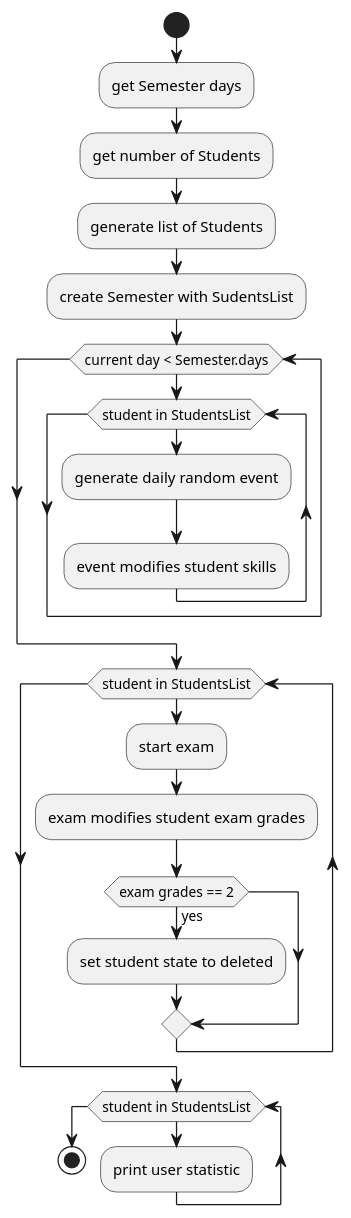
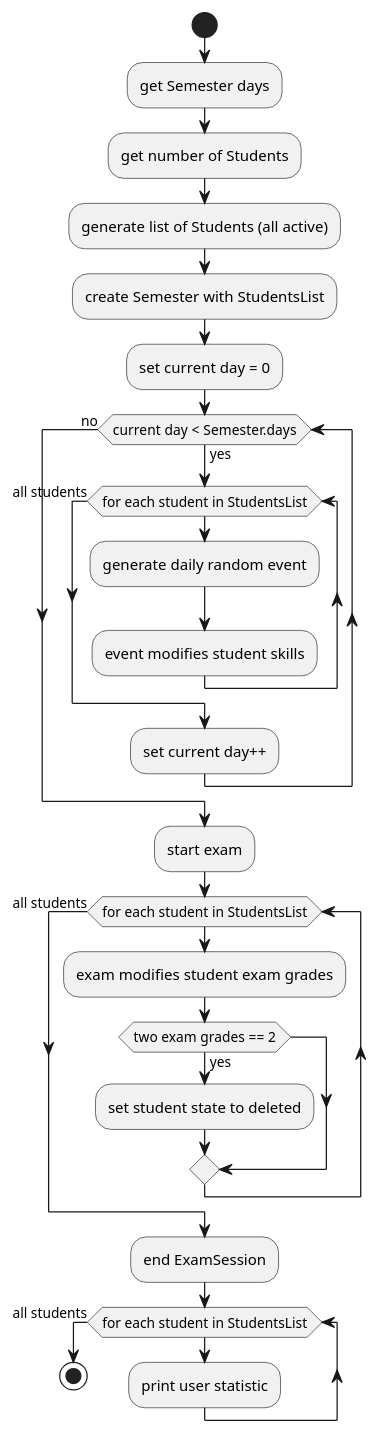
The diagram in diagrams/activity.diagram.puml (Mik33221/StudentSimulation), drawn with PlantUML before and after one commit. The commit also changed 1 other file, not shown here.

Commit message:
new state diagram and fixes on activity

```diff
--- a/diagrams/activity.diagram.puml
+++ b/diagrams/activity.diagram.puml
@@ -1,28 +1,30 @@
 @startuml
 'https://plantuml.com/activity-diagram-beta
 
 start
 :get Semester days;
 :get number of Students;
-:generate list of Students;
-:create Semester with SudentsList;
-while (current day < Semester.days)
-    while (student in StudentsList)
+:generate list of Students (all active);
+:create Semester with StudentsList;
+:set current day = 0;
+while (current day < Semester.days) is (yes)
+    while (for each student in StudentsList)
         :generate daily random event;
         :event modifies student skills;
-    endwhile
-endwhile
-while (student in StudentsList)
-    :start exam;
+    endwhile (all students)
+    :set current day++;
+endwhile (no)
+:start exam;
+while (for each student in StudentsList)
     :exam modifies student exam grades;
-    if (exam grades == 2) then (yes)
+    if (two exam grades == 2) then (yes)
         :set student state to deleted;
     endif
-endwhile
-
-while (student in StudentsList)
+endwhile (all students)
+:end ExamSession;
+while (for each student in StudentsList)
     :print user statistic;
-endwhile
+endwhile (all students)
 
 stop
 @enduml
```
